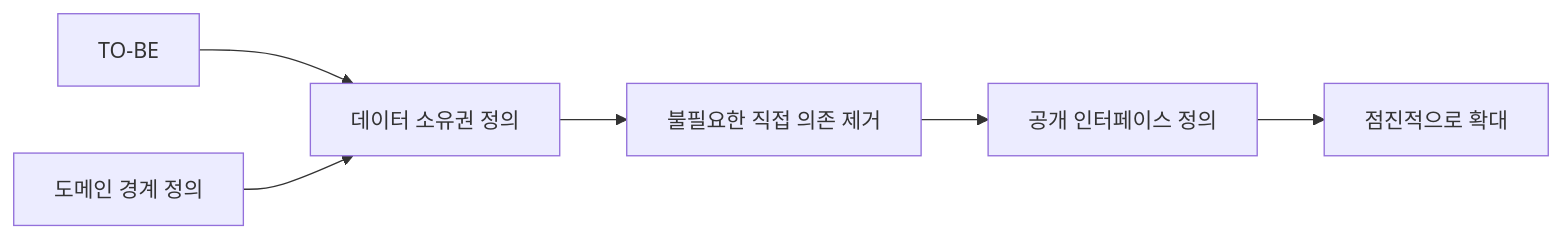
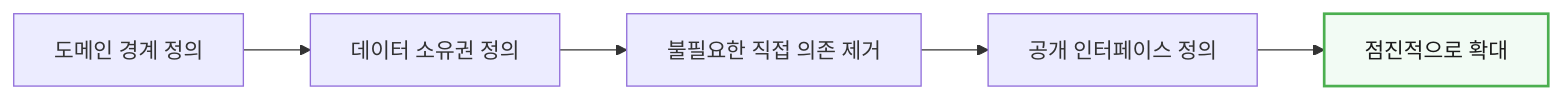
Before and after one commit to i31pc17/bitbook: the seventh of 7 diagrams in 모던 데이터 아키텍처/6장. 데이터 소유권.md, drawn with Mermaid. The commit also changed other lines of this file and 5 other files, not shown here.

````diff
--- a/모던 데이터 아키텍처/6장. 데이터 소유권.md
+++ b/모던 데이터 아키텍처/6장. 데이터 소유권.md
@@ -399,14 +335,6 @@
 ```mermaid
 flowchart LR
-    n0["TO-BE"]
-    n1["도메인 경계 정의"]
-    n2["데이터 소유권 정의"]
-    n3["불필요한 직접 의존 제거"]
-    n4["공개 인터페이스 정의"]
-    n5["점진적으로 확대"]
-    n0 --> n2
-    n1 --> n2
-    n2 --> n3
-    n3 --> n4
-    n4 --> n5
+    n1["도메인 경계 정의"] --> n2["데이터 소유권 정의"] --> n3["불필요한 직접 의존 제거"] --> n4["공개 인터페이스 정의"] --> n5["점진적으로 확대"]
+
+    style n5 fill:#f2fbf4,stroke:#4caf50,stroke-width:2px,color:#1a1a1a
 ```
````
